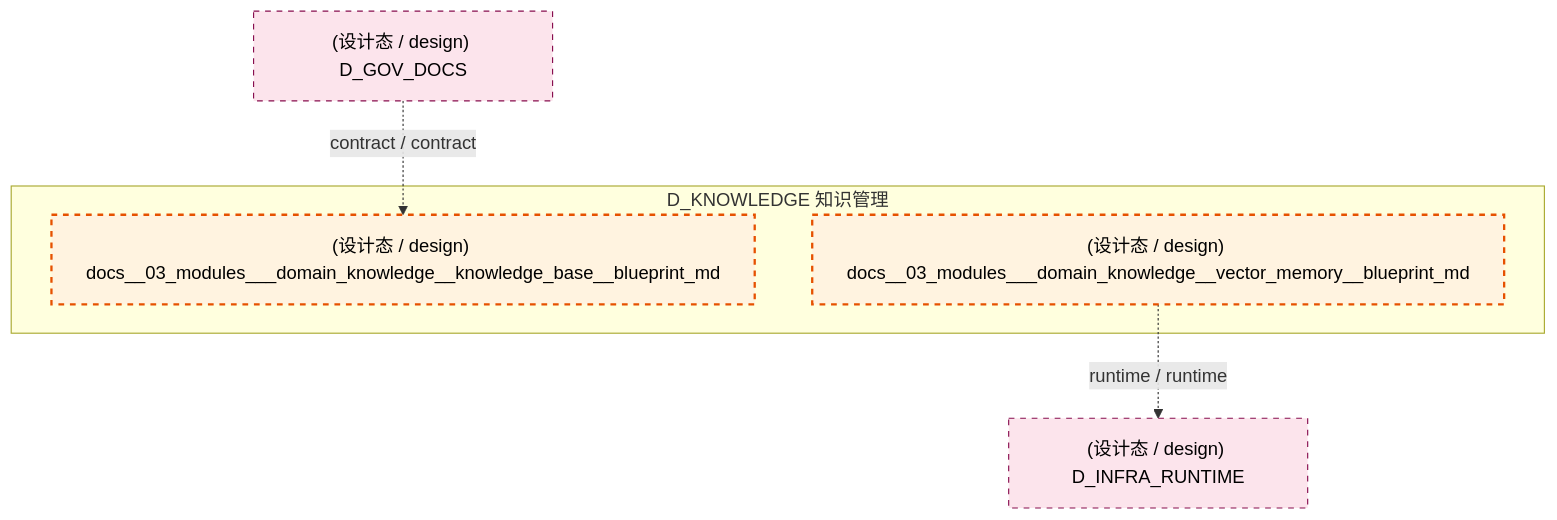
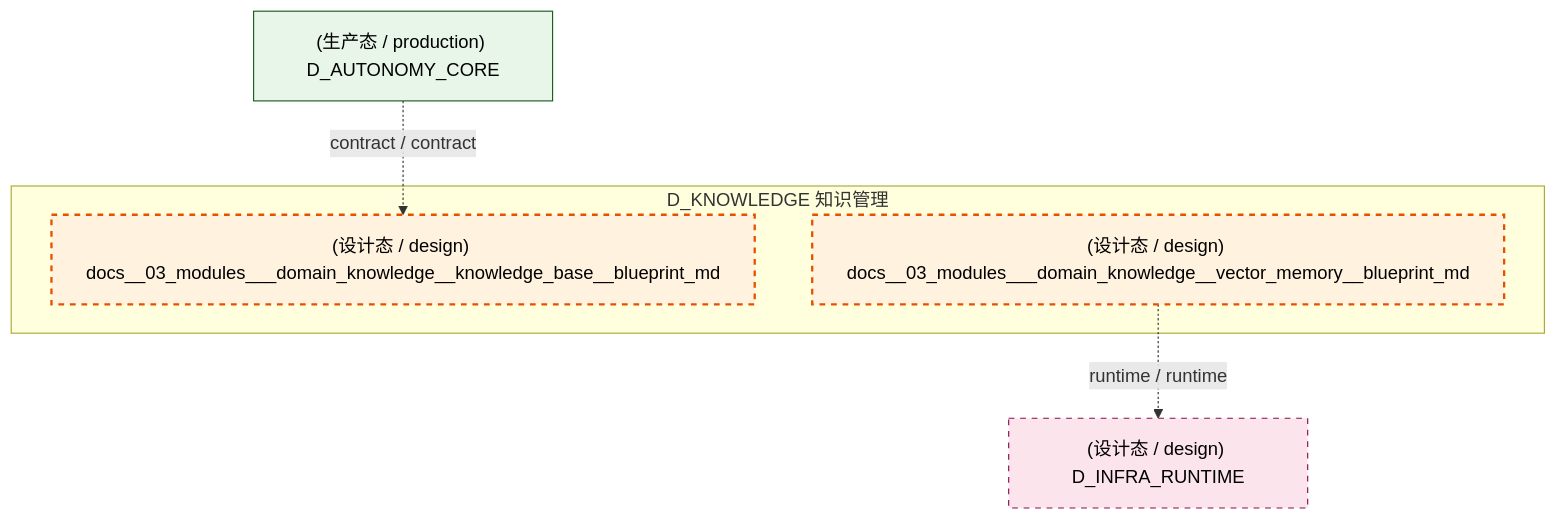
The second of 4 diagrams in docs/02_enterprise_architecture/02_domain_architecture_docs/48_d_knowledge.md (xuanFelixVan/ZephyrAlpha), drawn with Mermaid before and after one commit. The commit also changed other lines of this file and 99 other files, not shown here.

````diff
--- a/docs/02_enterprise_architecture/02_domain_architecture_docs/48_d_knowledge.md
+++ b/docs/02_enterprise_architecture/02_domain_architecture_docs/48_d_knowledge.md
@@ -101,17 +102,18 @@
 ```mermaid
 graph TD
     subgraph D_KNOWLEDGE["D_KNOWLEDGE 知识管理"]
         docs_03_modules_domain_knowledge_knowledge_base_blueprint_md["(设计态 / design) docs__03_modules___domain_knowledge__knowledge_base__blueprint_md"]
         docs_03_modules_domain_knowledge_vector_memory_blueprint_md["(设计态 / design) docs__03_modules___domain_knowledge__vector_memory__blueprint_md"]
     end
     D_INFRA_RUNTIME["(设计态 / design) D_INFRA_RUNTIME"]
     docs_03_modules_domain_knowledge_vector_memory_blueprint_md -.->|runtime / runtime| D_INFRA_RUNTIME
-    D_GOV_DOCS["(设计态 / design) D_GOV_DOCS"]
-    D_GOV_DOCS -.->|contract / contract| docs_03_modules_domain_knowledge_knowledge_base_blueprint_md
+    D_AUTONOMY_CORE["(生产态 / production) D_AUTONOMY_CORE"]
+    D_AUTONOMY_CORE -.->|contract / contract| docs_03_modules_domain_knowledge_knowledge_base_blueprint_md
     classDef production fill:#e1f5fe,stroke:#01579b,stroke-width:2px,color:#000
     classDef design fill:#fff3e0,stroke:#e65100,stroke-width:2px,color:#000,stroke-dasharray: 5 5
     classDef external_prod fill:#e8f5e9,stroke:#1b5e20,stroke-width:1px,color:#000
     classDef external_design fill:#fce4ec,stroke:#880e4f,stroke-width:1px,color:#000,stroke-dasharray: 5 5
     class docs_03_modules_domain_knowledge_knowledge_base_blueprint_md,docs_03_modules_domain_knowledge_vector_memory_blueprint_md design
-    class D_INFRA_RUNTIME,D_GOV_DOCS external_design
+    class D_AUTONOMY_CORE external_prod
+    class D_INFRA_RUNTIME external_design
 ```
````
